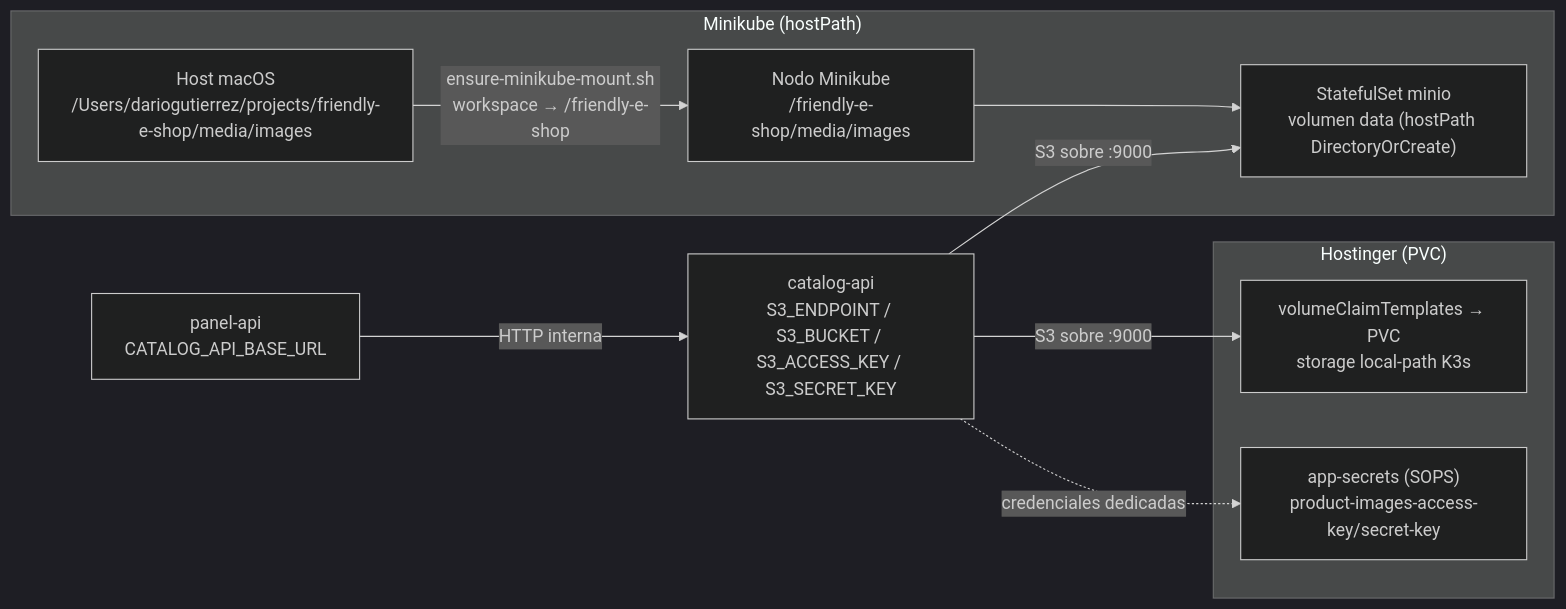
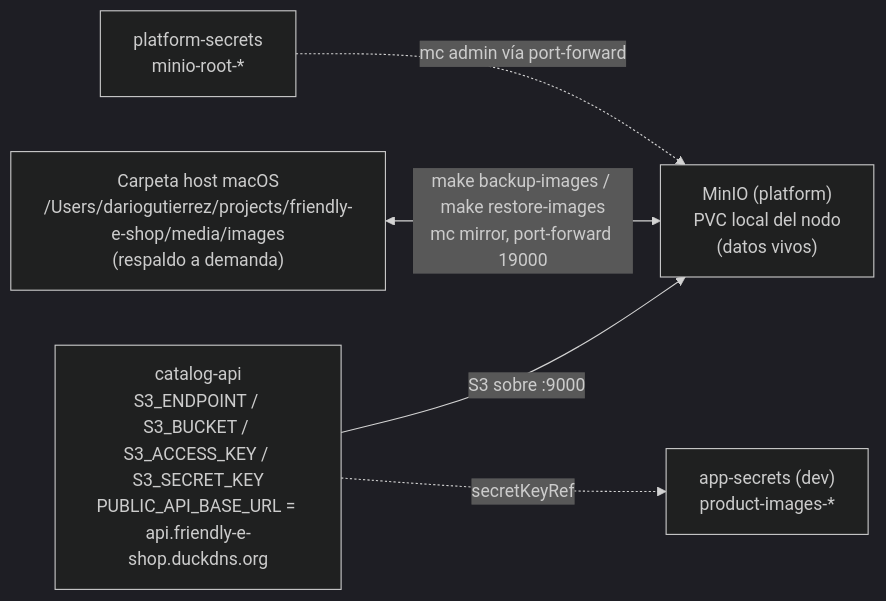
Before and after one commit to Dariosoft/fes-infra: the fourth of 7 diagrams in specs/002-product-image-storage/uml.md, drawn with Mermaid (dark theme). The commit also changed other lines of this file and 7 other files, not shown here.

Commit message:
Automate image backup/restore and update spec as-built

````diff
--- a/specs/002-product-image-storage/uml.md
+++ b/specs/002-product-image-storage/uml.md
@@ -72,22 +99,13 @@
 ```mermaid
 flowchart LR
-  subgraph minikube["Minikube (hostPath)"]
-    HOST["Host macOS\n/Users/dariogutierrez/projects/friendly-e-shop/media/images"]
-    NODE["Nodo Minikube\n/friendly-e-shop/media/images"]
-    MVOL["StatefulSet minio\nvolumen data (hostPath DirectoryOrCreate)"]
-    HOST -->|ensure-minikube-mount.sh\nworkspace → /friendly-e-shop| NODE --> MVOL
-  end
+  CAT["catalog-api\nS3_ENDPOINT / S3_BUCKET / S3_ACCESS_KEY / S3_SECRET_KEY\nPUBLIC_API_BASE_URL = api.friendly-e-shop.duckdns.org"]
+  MINIO["MinIO (platform)\nPVC local del nodo\n(datos vivos)"]
+  BACKUP["Carpeta host macOS\n/Users/dariogutierrez/projects/friendly-e-shop/media/images\n(respaldo a demanda)"]
+  ROOT["platform-secrets\nminio-root-*"]
+  AS["app-secrets (dev)\nproduct-images-*"]
 
-  subgraph hostinger["Hostinger (PVC)"]
-    PVPVC["volumeClaimTemplates → PVC\nstorage local-path K3s"]
-    HENV["app-secrets (SOPS)\nproduct-images-access-key/secret-key"]
-  end
-
-  CAT["catalog-api\nS3_ENDPOINT / S3_BUCKET / S3_ACCESS_KEY / S3_SECRET_KEY"]
-  VLAN["panel-api\nCATALOG_API_BASE_URL"]
-
-  CAT -->|S3 sobre :9000| MVOL
-  CAT -->|S3 sobre :9000| PVPVC
-  CAT -.->|credenciales dedicadas| HENV
-  VLAN -->|HTTP interna| CAT
+  CAT -->|S3 sobre :9000| MINIO
+  CAT -.->|secretKeyRef| AS
+  BACKUP <-->|"make backup-images / make restore-images\nmc mirror, port-forward 19000"| MINIO
+  ROOT -.->|mc admin vía port-forward| MINIO
 ```
````
